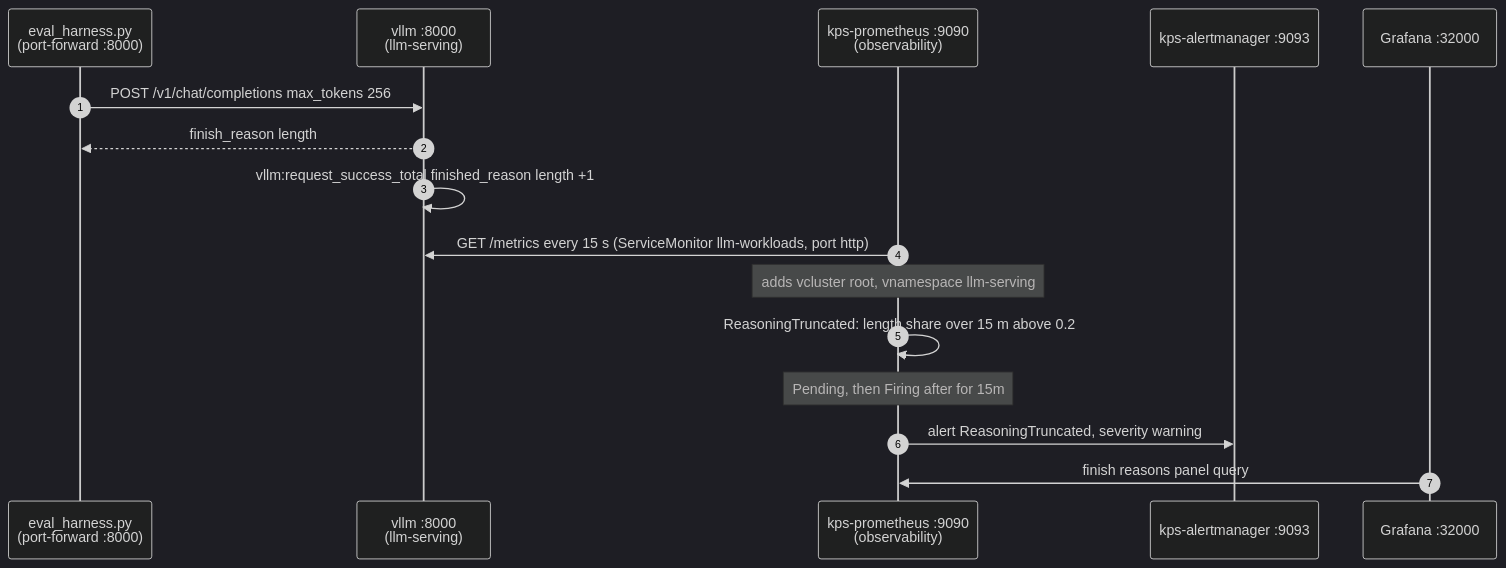
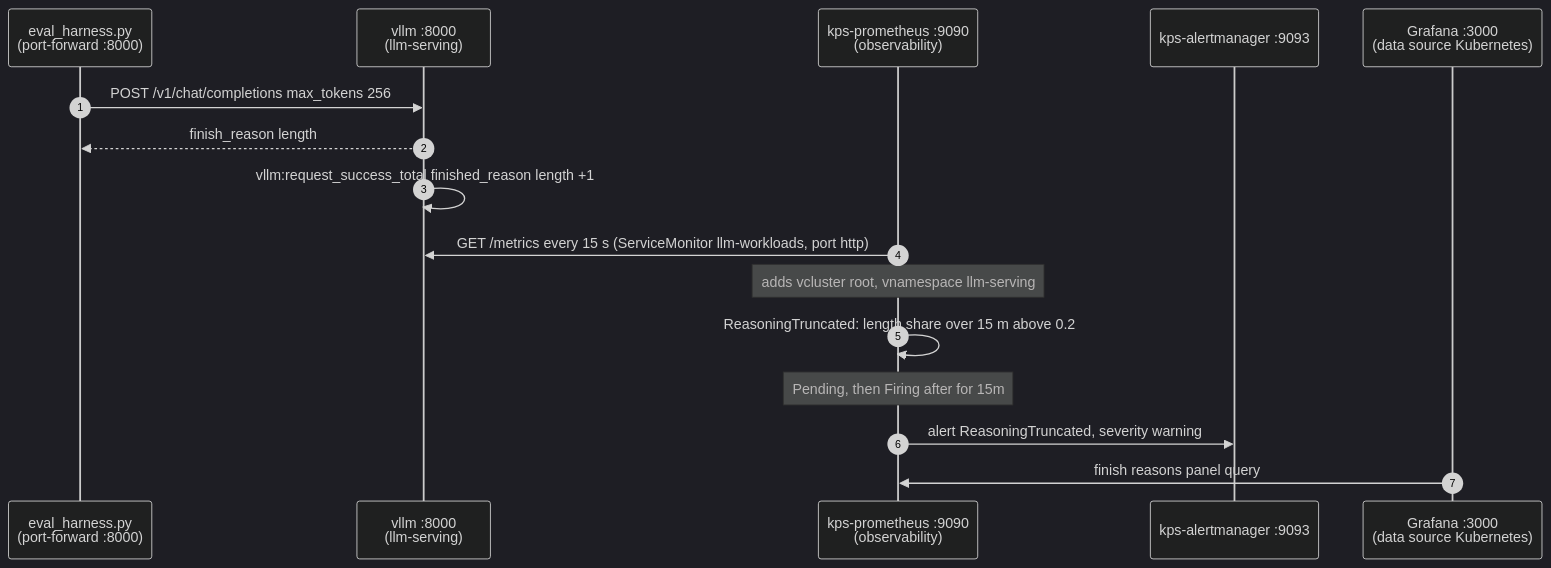
The second of 2 diagrams in 03-DeepSeek/16-telemetry.md (cloudone365/technical-depth), drawn with Mermaid (dark theme) before and after one commit. The commit also changed other lines of this file and 13 other files, not shown here.

````diff
--- a/03-DeepSeek/16-telemetry.md
+++ b/03-DeepSeek/16-telemetry.md
@@ -76,18 +76,18 @@
 ```mermaid
 sequenceDiagram
   autonumber
   participant C as eval_harness.py<br/>(port-forward :8000)
   participant V as vllm :8000<br/>(llm-serving)
   participant P as kps-prometheus :9090<br/>(observability)
   participant AM as kps-alertmanager :9093
-  participant G as Grafana :32000
+  participant G as Grafana :3000<br/>(data source Kubernetes)
   C->>V: POST /v1/chat/completions max_tokens 256
   V-->>C: finish_reason length
   V->>V: vllm:request_success_total finished_reason length +1
   P->>V: GET /metrics every 15 s (ServiceMonitor llm-workloads, port http)
   Note over P: adds vcluster root, vnamespace llm-serving
   P->>P: ReasoningTruncated: length share over 15 m above 0.2
   Note over P: Pending, then Firing after for 15m
   P->>AM: alert ReasoningTruncated, severity warning
   G->>P: finish reasons panel query
 ```
````
